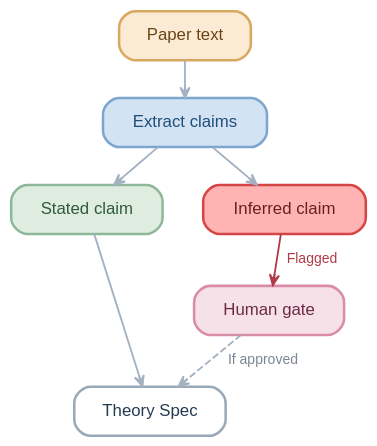
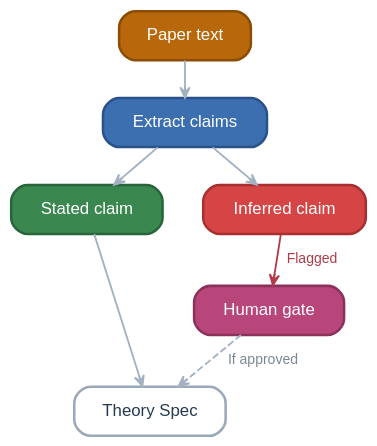
The fourth of 15 diagrams in papers/Causal_Analysis_for_Finance/notes.slides.md (GokuHashira/gpsaggese.github.io), drawn with Graphviz before and after one commit. The commit also changed other lines of this file and 6 other files, not shown here.

````diff
--- a/papers/Causal_Analysis_for_Finance/notes.slides.md
+++ b/papers/Causal_Analysis_for_Finance/notes.slides.md
@@ -542,43 +582,43 @@
 ```graphviz[width=90%]
 digraph StatedInferred {
   // input : orange | process : blue | stated : sage | inferred : red | gate : rose
   bgcolor="transparent";
   pad="0.15";
   splines=spline;
   nodesep=0.40;
   ranksep=0.35;
   rankdir=TB;
 
   node [shape=box,
         style="rounded,filled",
         penwidth=1.8,
         fontname="Helvetica",
         fontsize=12,
         margin="0.22,0.12",
         height=0.48];
 
   edge [color="#A3B1C0",
         penwidth=1.3,
         arrowhead=vee,
         arrowsize=0.75,
         fontname="Helvetica",
         fontsize=10,
         fontcolor="#7B8794"];
 
-  Text     [label="Paper text", fillcolor="#FBEBD4", color="#D9A85F", fontcolor="#6B4517"];
-  Extract  [label="Extract claims", fillcolor="#D3E3F3", color="#7CA6CE", fontcolor="#1F4E79"];
-  Stated   [label="Stated claim", fillcolor="#DFEDE0", color="#8FB79A", fontcolor="#2E5A3D"];
-  Inferred [label="Inferred claim", fillcolor="#FFB3B3", color="#D64545", fontcolor="#6B1F1F"];
-  Gate     [label="Human gate", fillcolor="#F6E1E8", color="#D98CA8", fontcolor="#6B2A44"];
+  Text     [label="Paper text", fillcolor="#B8680A", color="#8A4C06", fontcolor="#FFFFFF"];
+  Extract  [label="Extract claims", fillcolor="#3C6FB0", color="#2A5288", fontcolor="#FFFFFF"];
+  Stated   [label="Stated claim", fillcolor="#3A874F", color="#27663A", fontcolor="#FFFFFF"];
+  Inferred [label="Inferred claim", fillcolor="#D64545", color="#A82F2F", fontcolor="#FFFFFF"];
+  Gate     [label="Human gate", fillcolor="#B8467A", color="#8C3159", fontcolor="#FFFFFF"];
   Spec     [label="Theory Spec", fillcolor="#FFFFFF", color="#9AA9B8", fontcolor="#243B53"];
 
   { rank=same; Stated; Inferred; }
 
   Text -> Extract;
   Extract -> Stated;
   Extract -> Inferred;
   Inferred -> Gate [label="  Flagged  ", color="#B23A48", fontcolor="#B23A48"];
   Stated -> Spec;
   Gate -> Spec [label="  If approved  ", style=dashed];
 }
 ```
````
